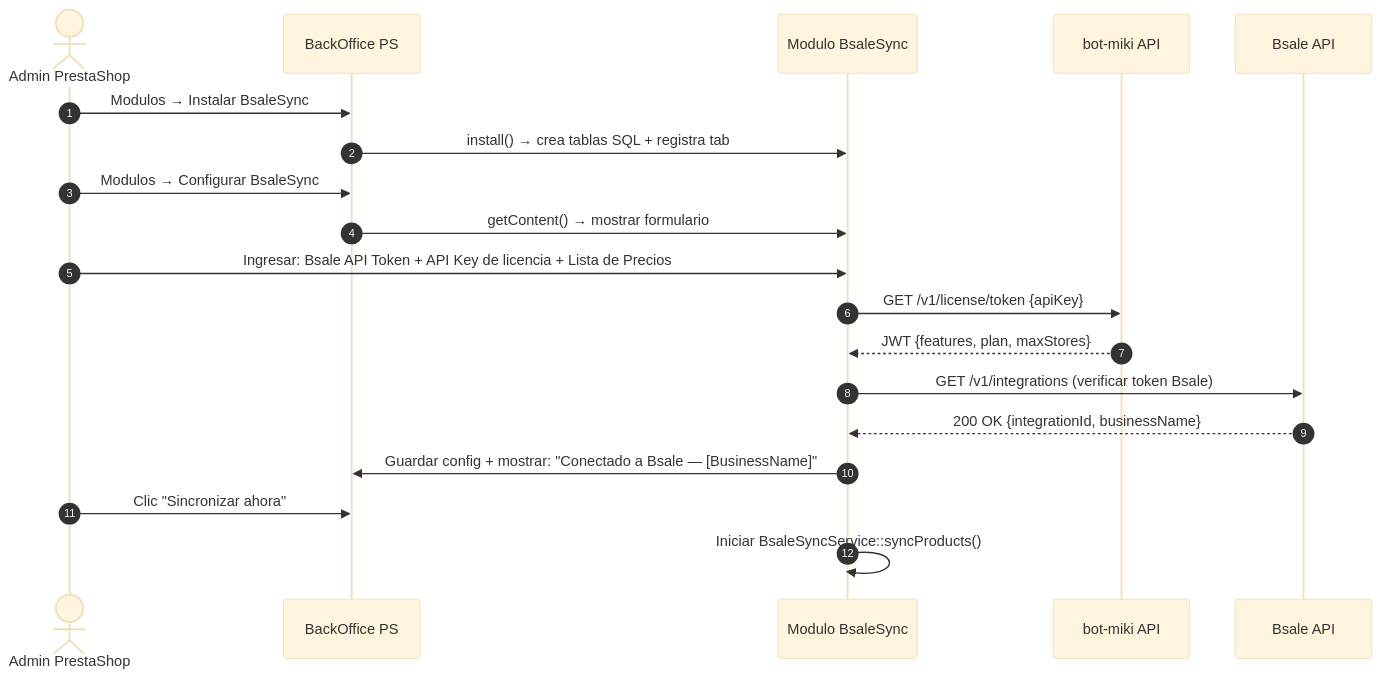
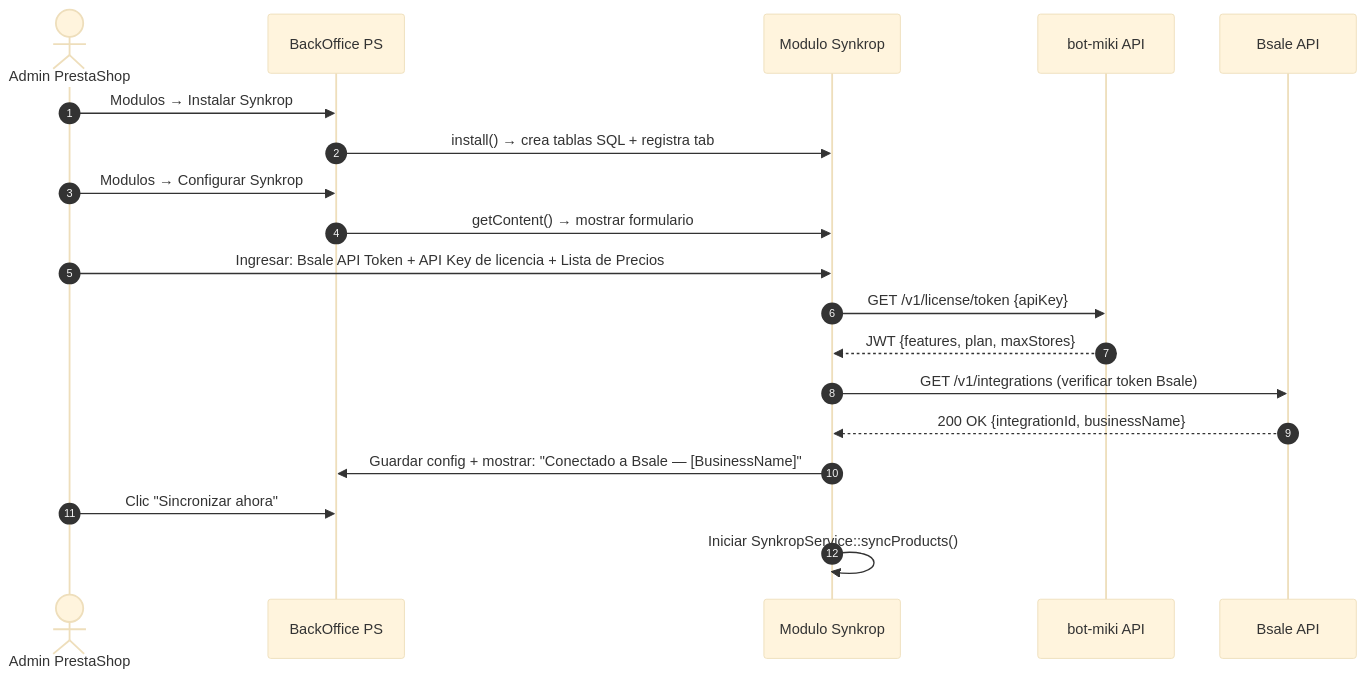
Before and after one commit to Jpcorp/kpcrop-latam-zollner-platform: the diagram in docs/architecture/plugins/prestashop.md, drawn with Mermaid (base theme). The commit also changed other lines of this file and 36 other files, not shown here.

First line of the commit message:
refactor: renombrar producto de BsaleSync a Synkrop en todo el proyecto

````diff
--- a/docs/architecture/plugins/prestashop.md
+++ b/docs/architecture/plugins/prestashop.md
@@ -372,22 +372,22 @@
 ```mermaid
 sequenceDiagram
     autonumber
     actor A as Admin PrestaShop
     participant PS as BackOffice PS
-    participant M as Modulo BsaleSync
+    participant M as Modulo Synkrop
     participant BM as bot-miki API
     participant BS as Bsale API
 
-    A->>PS: Modulos → Instalar BsaleSync
+    A->>PS: Modulos → Instalar Synkrop
     PS->>M: install() → crea tablas SQL + registra tab
-    A->>PS: Modulos → Configurar BsaleSync
+    A->>PS: Modulos → Configurar Synkrop
     PS->>M: getContent() → mostrar formulario
     A->>M: Ingresar: Bsale API Token + API Key de licencia + Lista de Precios
     M->>BM: GET /v1/license/token {apiKey}
     BM-->>M: JWT {features, plan, maxStores}
     M->>BS: GET /v1/integrations (verificar token Bsale)
     BS-->>M: 200 OK {integrationId, businessName}
     M->>PS: Guardar config + mostrar: "Conectado a Bsale — [BusinessName]"
     A->>PS: Clic "Sincronizar ahora"
-    M->>M: Iniciar BsaleSyncService::syncProducts()
+    M->>M: Iniciar SynkropService::syncProducts()
 ```
````
